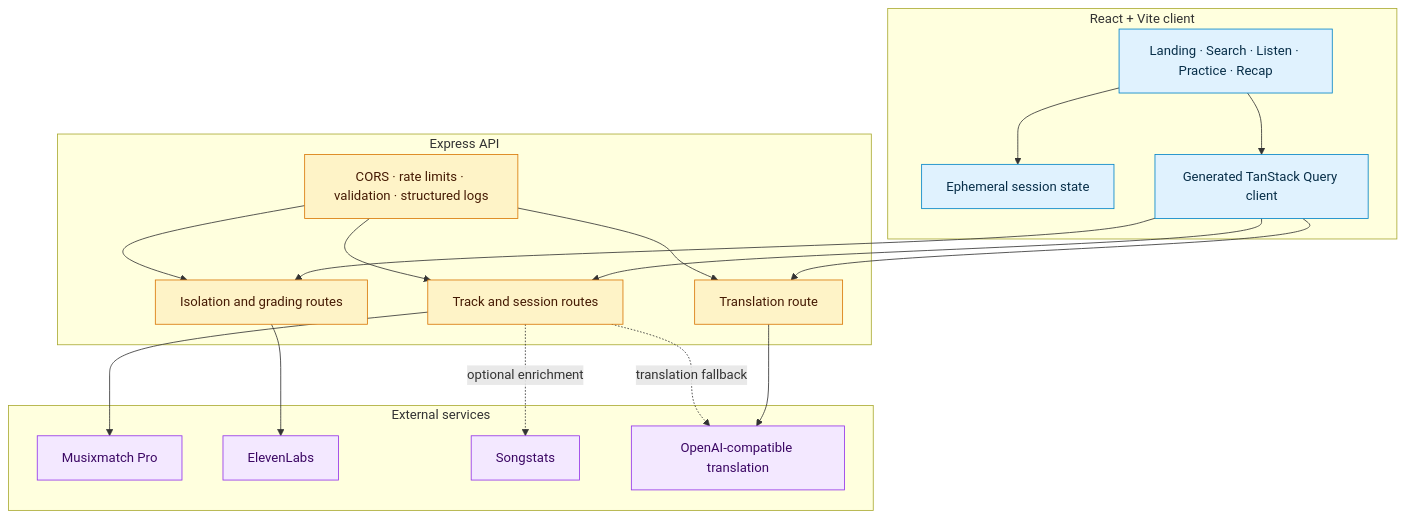
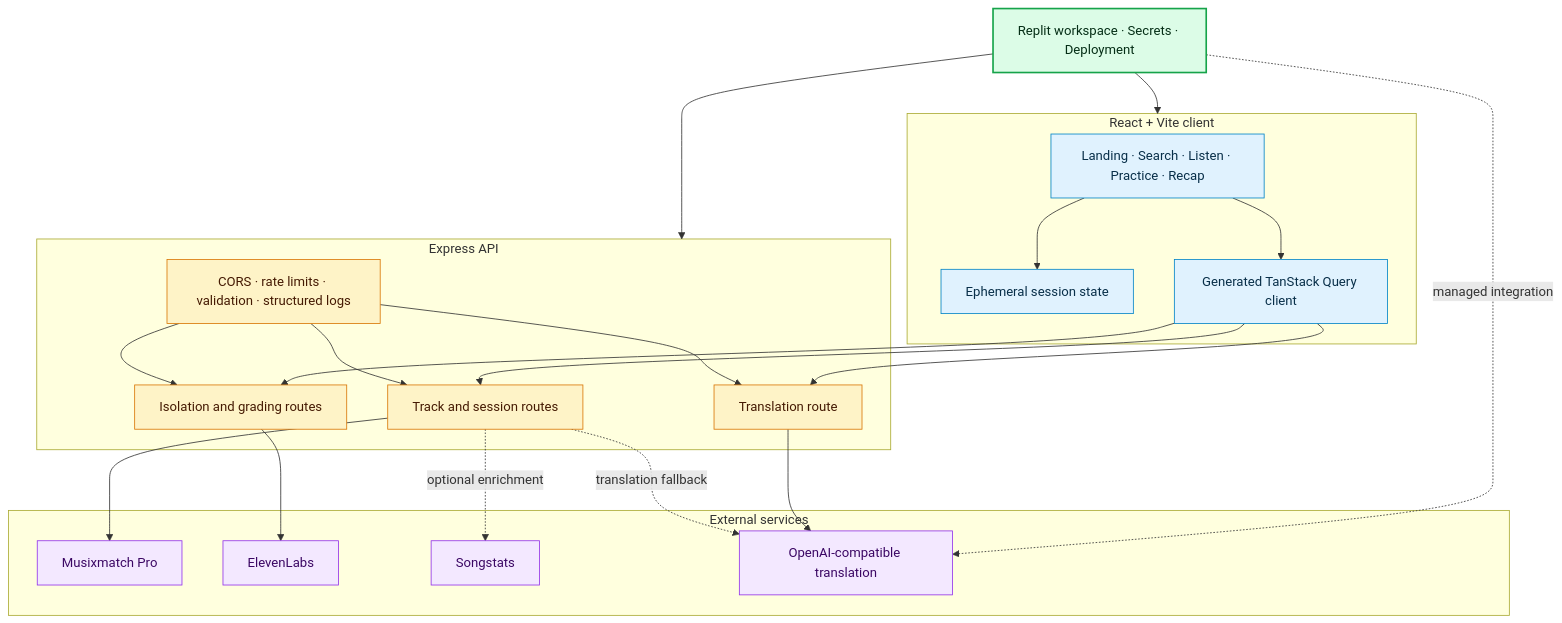
The second of 2 diagrams in README.md (NikhilRaikwar/Voxara), drawn with Mermaid before and after one commit. The commit also changed other lines of this file, not shown here.

````diff
--- a/README.md
+++ b/README.md
@@ -132,43 +147,50 @@
 ```mermaid
 flowchart TB
     subgraph Client["React + Vite client"]
       Pages["Landing · Search · Listen · Practice · Recap"]
       State["Ephemeral session state"]
       Query["Generated TanStack Query client"]
       Pages --> State
       Pages --> Query
     end
 
     subgraph Server["Express API"]
       Tracks["Track and session routes"]
       Audio["Isolation and grading routes"]
       Translate["Translation route"]
       Guards["CORS · rate limits · validation · structured logs"]
       Guards --> Tracks
       Guards --> Audio
       Guards --> Translate
     end
 
     subgraph Providers["External services"]
       Musixmatch["Musixmatch Pro"]
       ElevenLabs["ElevenLabs"]
       Songstats["Songstats"]
       OpenAI["OpenAI-compatible translation"]
     end
 
+    Replit["Replit workspace · Secrets · Deployment"]
+
     Query --> Tracks
     Query --> Audio
     Query --> Translate
     Tracks --> Musixmatch
     Tracks -. "optional enrichment" .-> Songstats
     Tracks -. "translation fallback" .-> OpenAI
     Audio --> ElevenLabs
     Translate --> OpenAI
+    Replit --> Client
+    Replit --> Server
+    Replit -. "managed integration" .-> OpenAI
 
     classDef client fill:#E0F2FE,stroke:#0284C7,color:#082F49;
     classDef server fill:#FEF3C7,stroke:#D97706,color:#451A03;
     classDef provider fill:#F3E8FF,stroke:#9333EA,color:#3B0764;
+    classDef platform fill:#DCFCE7,stroke:#16A34A,color:#052E16,stroke-width:2px;
     class Pages,State,Query client;
     class Tracks,Audio,Translate,Guards server;
     class Musixmatch,ElevenLabs,Songstats,OpenAI provider;
+    class Replit platform;
 ```
````
